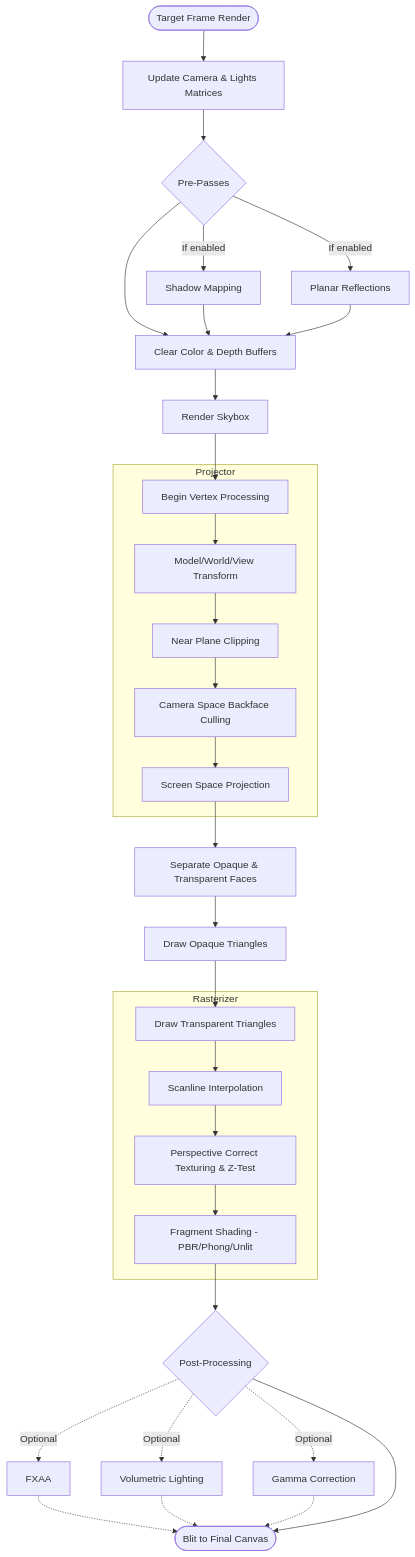
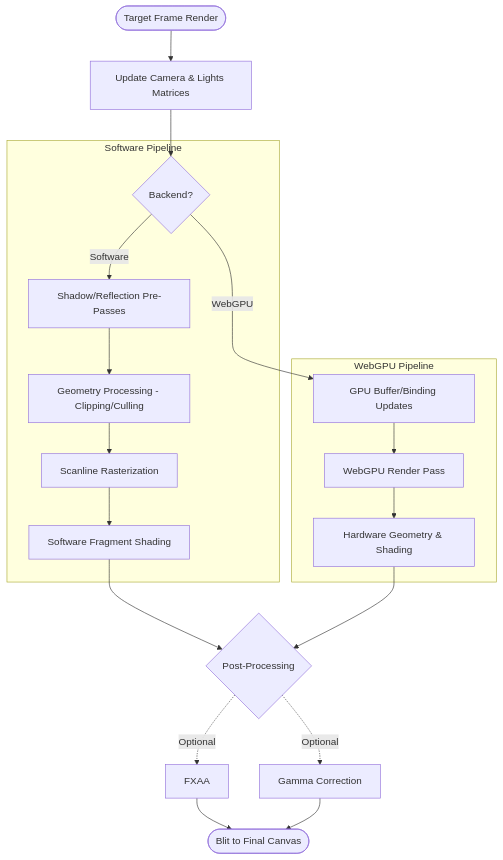
Before and after one commit to Kunelinmc/IgnisRenderer: the diagram in README.md, drawn with Mermaid. The commit also changed other lines of this file, not shown here.

Commit message:
feat: 更新README.md，反映目前的重大架構升級

````diff
--- a/README.md
+++ b/README.md
@@ -67,41 +82,27 @@
 ```mermaid
 graph TD
     A([Target Frame Render]) --> B[Update Camera & Lights Matrices]
-    B --> C{Pre-Passes}
-    C -->|If enabled| D[Shadow Mapping]
-    C -->|If enabled| E[Planar Reflections]
-    C --> F[Clear Color & Depth Buffers]
-    D --> F
-    E --> F
+    B --> C{Backend?}
 
-    F --> G[Render Skybox]
-    G --> H[Begin Vertex Processing]
-
-    subgraph 1. Geometry Pipeline [Projector]
-        H --> I[Model/World/View Transform]
-        I --> J[Near Plane Clipping]
-        J --> K[Camera Space Backface Culling]
-        K --> L[Screen Space Projection]
+    subgraph Software Pipeline
+        C -->|Software| D[Shadow/Reflection Pre-Passes]
+        D --> E[Geometry Processing - Clipping/Culling]
+        E --> F[Scanline Rasterization]
+        F --> G[Software Fragment Shading]
     end
 
-    L --> M[Separate Opaque & Transparent Faces]
-    M --> N[Draw Opaque Triangles]
-    N --> O[Draw Transparent Triangles]
-
-    subgraph 2. Rasterization Pipeline [Rasterizer]
-        O --> P[Scanline Interpolation]
-        P --> Q[Perspective Correct Texturing & Z-Test]
-        Q --> R[Fragment Shading - PBR/Phong/Unlit]
+    subgraph WebGPU Pipeline
+        C -->|WebGPU| H[GPU Buffer/Binding Updates]
+        H --> I[WebGPU Render Pass]
+        I --> J[Hardware Geometry & Shading]
     end
 
-    R --> S{Post-Processing}
+    G --> K{Post-Processing}
+    J --> K
 
-    S -.->|Optional| T[FXAA]
-    S -.->|Optional| U[Volumetric Lighting]
-    S -.->|Optional| V[Gamma Correction]
+    K -.->|Optional| L[FXAA]
+    K -.->|Optional| M[Gamma Correction]
 
-    T -.-> W
-    U -.-> W
-    V -.-> W
-    S --> W([Blit to Final Canvas])
+    L --> N([Blit to Final Canvas])
+    M --> N
 ```
````
